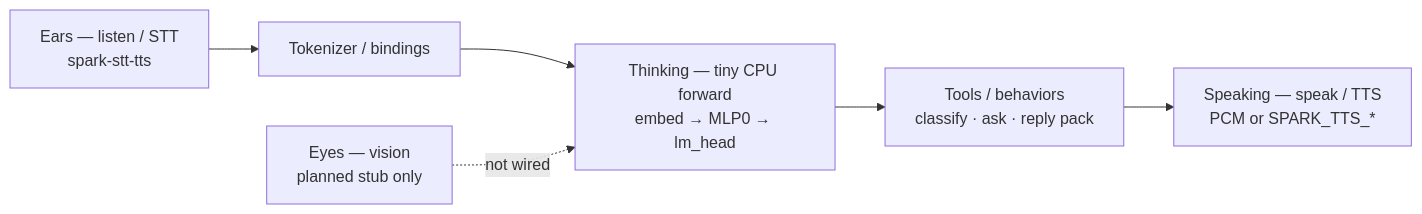
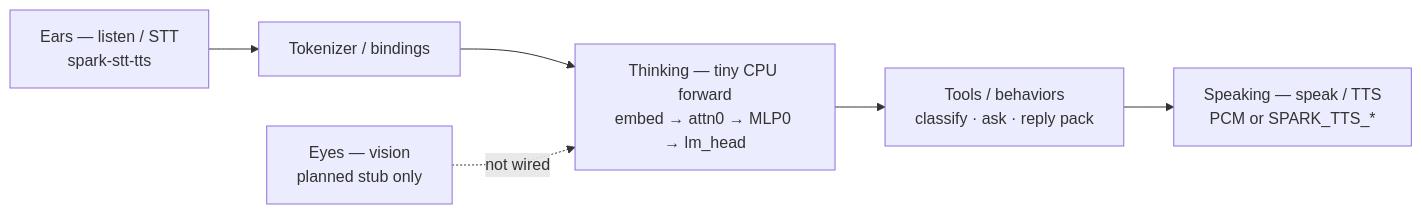
One commit to sparklang-dev/sparklang changed the first of 2 diagrams in docs/MODEL_ASPECTS.md. Above: the diagram before and after it, drawn with Mermaid. The commit also changed other lines of this file and 11 other files, not shown here.

````diff
--- a/docs/MODEL_ASPECTS.md
+++ b/docs/MODEL_ASPECTS.md
@@ -50,12 +50,12 @@
 ```mermaid
 flowchart LR
   EAR["Ears — listen / STT<br/>spark-stt-tts"]
   TOK["Tokenizer / bindings"]
-  BRN["Thinking — tiny CPU forward<br/>embed → MLP0 → lm_head"]
+  BRN["Thinking — tiny CPU forward<br/>embed → attn0 → MLP0 → lm_head"]
   TOOL["Tools / behaviors<br/>classify · ask · reply pack"]
   VOC["Speaking — speak / TTS<br/>PCM or SPARK_TTS_*"]
   EAR --> TOK --> BRN
   BRN --> TOOL
   TOOL --> VOC
   EYE["Eyes — vision<br/>planned stub only"] -.->|not wired| BRN
 ```
````
